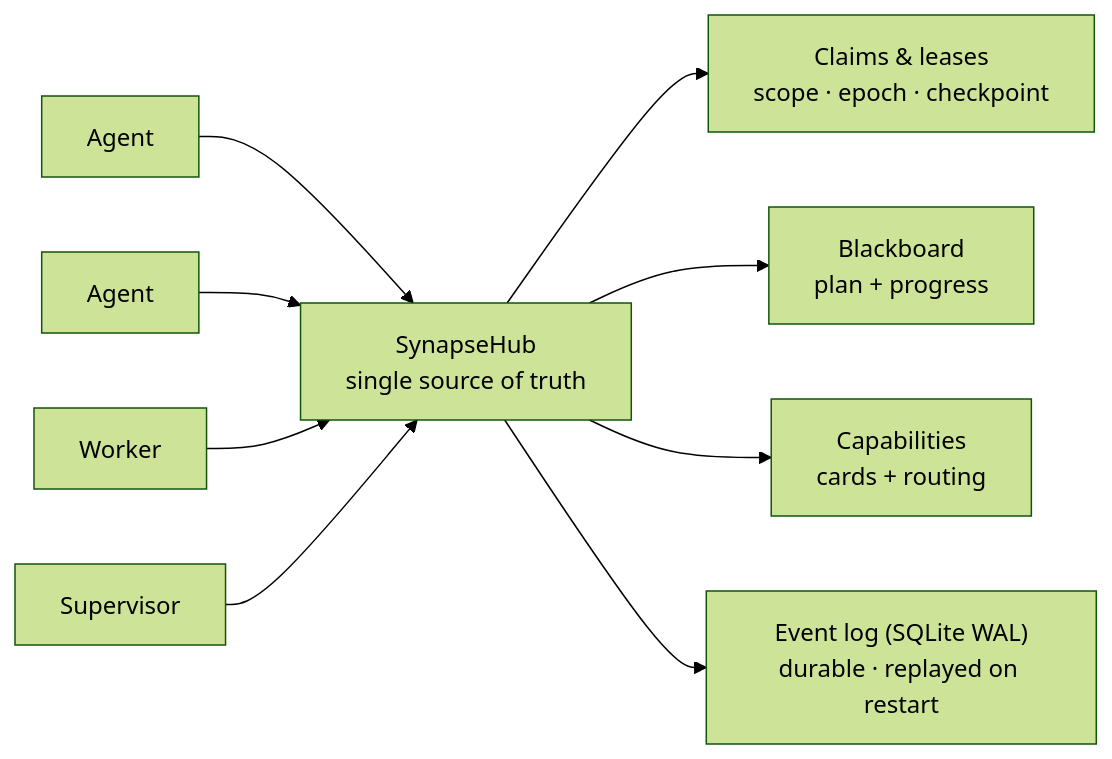
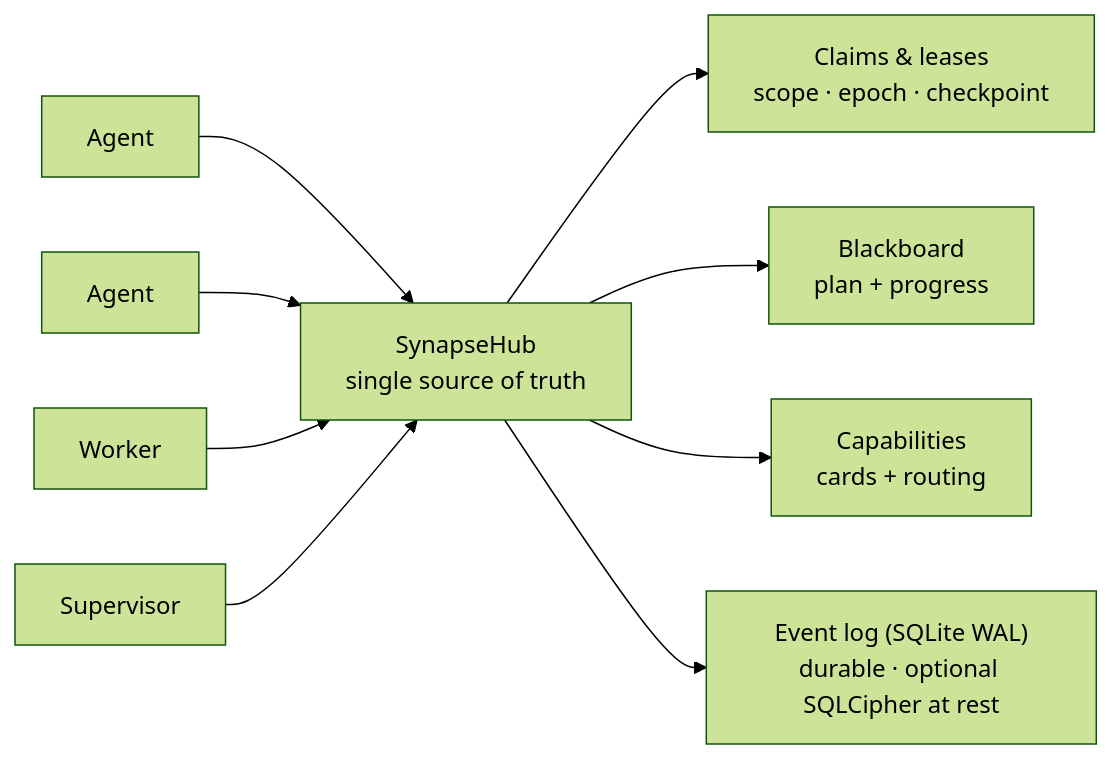
The diagram in README.md (anulum/synapse-channel), drawn with Mermaid (forest theme) before and after one commit. The commit also changed other lines of this file and 1 other file, not shown here.

First line of the commit message:
docs: feature SQLCipher at-rest encryption in README

````diff
--- a/README.md
+++ b/README.md
@@ -79,11 +83,11 @@
 ```mermaid
 graph LR
     A1["Agent"] --> H
     A2["Agent"] --> H
     A3["Worker"] --> H
     SUP["Supervisor"] --> H
     H["SynapseHub<br/>single source of truth"] --> CL["Claims & leases<br/>scope · epoch · checkpoint"]
     H --> BB["Blackboard<br/>plan + progress"]
     H --> CAP["Capabilities<br/>cards + routing"]
-    H --> LOG["Event log (SQLite WAL)<br/>durable · replayed on restart"]
+    H --> LOG["Event log (SQLite WAL)<br/>durable · optional SQLCipher at rest"]
 ```
````
